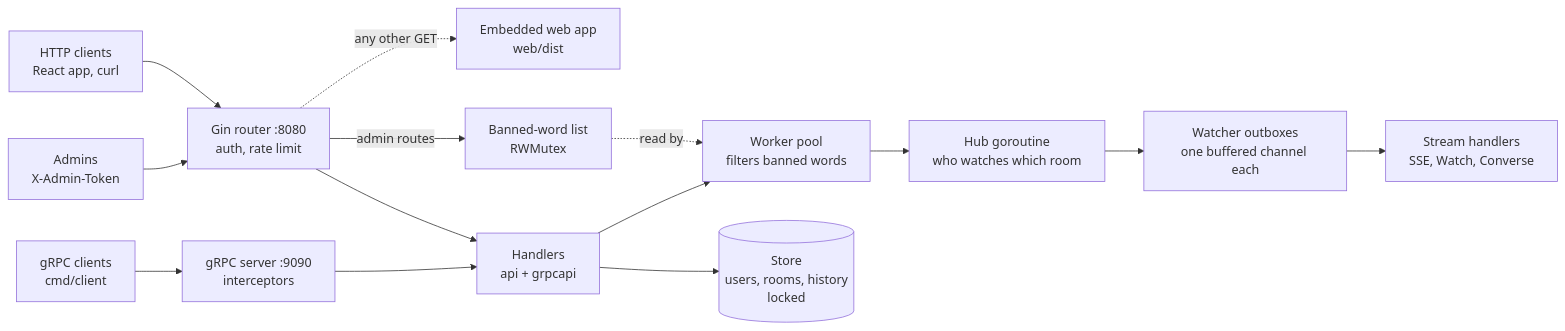
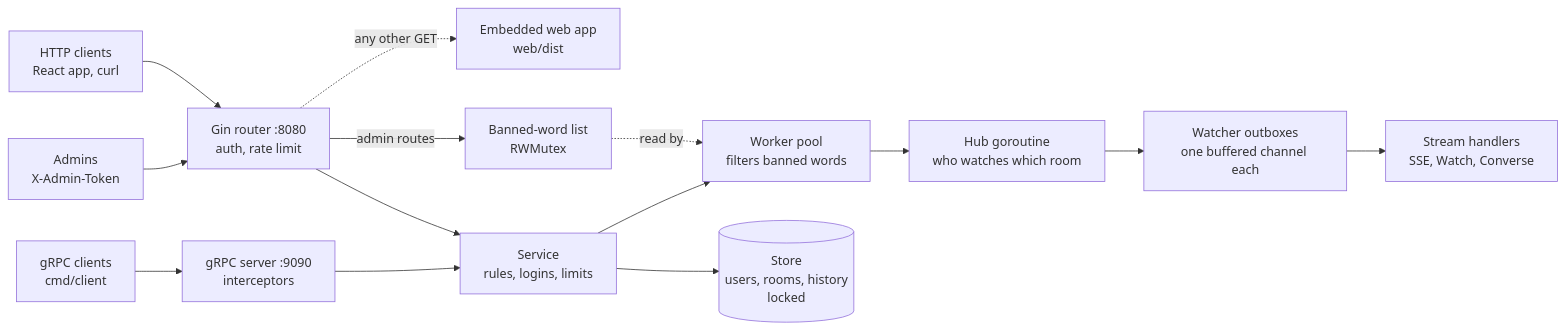
The diagram in README.md (Bazelle6726/chatserver), drawn with Mermaid before and after one commit. The commit also changed other lines of this file and 51 other files, not shown here.

````diff
--- a/README.md
+++ b/README.md
@@ -20,16 +22,16 @@
 ```mermaid
 flowchart LR
     HC[HTTP clients<br/>React app, curl] --> GIN[Gin router :8080<br/>auth, rate limit]
     AD[Admins<br/>X-Admin-Token] --> GIN
     GC[gRPC clients<br/>cmd/client] --> GRPC[gRPC server :9090<br/>interceptors]
     GIN -. any other GET .-> WEB[Embedded web app<br/>web/dist]
     GIN -- admin routes --> ML[Banned-word list<br/>RWMutex]
     ML -. read by .-> P
-    GIN --> H[Handlers<br/>api + grpcapi]
-    GRPC --> H
-    H --> S[(Store<br/>users, rooms, history<br/>locked)]
-    H --> P[Worker pool<br/>filters banned words]
+    GIN --> SVC[Service<br/>rules, logins, limits]
+    GRPC --> SVC
+    SVC --> S[(Store<br/>users, rooms, history<br/>locked)]
+    SVC --> P[Worker pool<br/>filters banned words]
     P --> HUB[Hub goroutine<br/>who watches which room]
     HUB --> O[Watcher outboxes<br/>one buffered channel each]
     O --> W[Stream handlers<br/>SSE, Watch, Converse]
 ```
````
